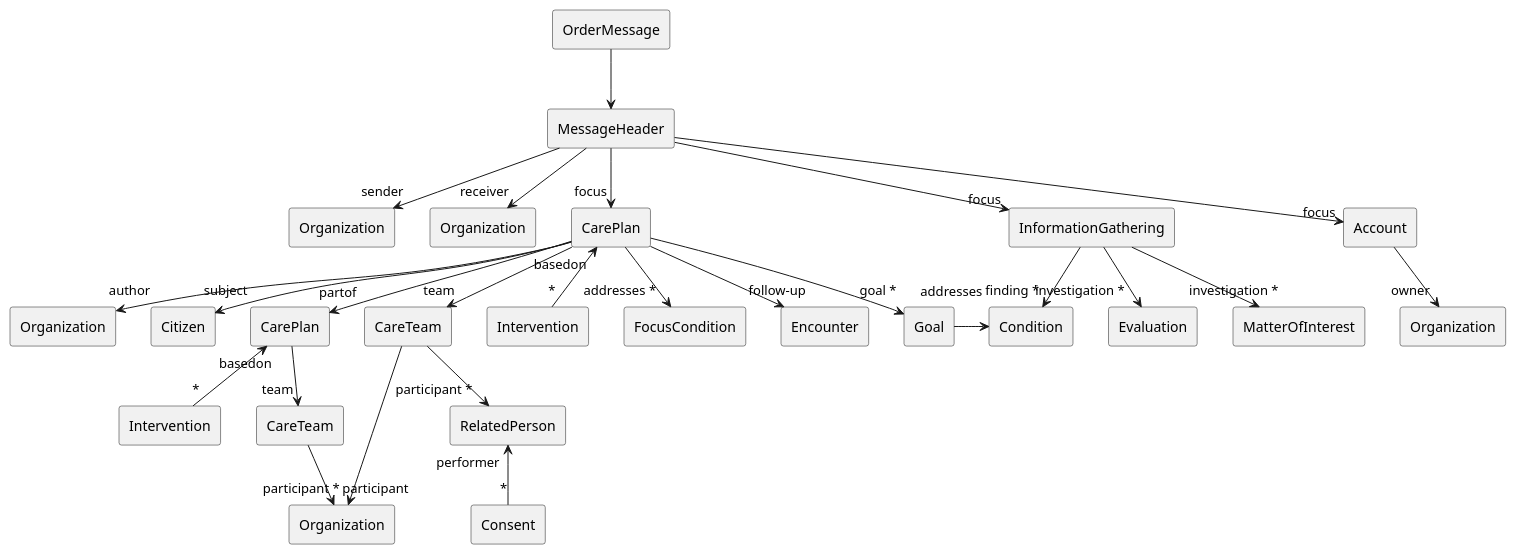
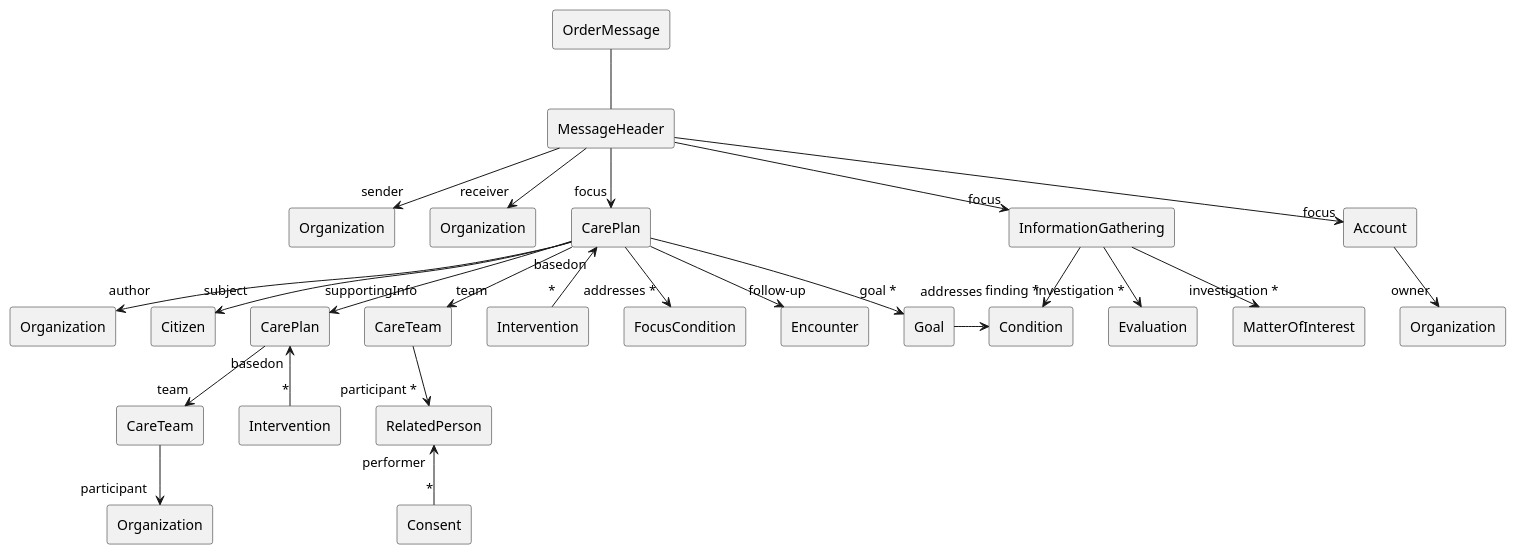
One commit to hl7dk/kl-ffb-messaging changed the diagram in input/images-sources/CarePlanOrder.plantuml. Above: the diagram before and after it, drawn with PlantUML. The commit also changed 7 other files, not shown here.

```diff
--- a/input/images-sources/CarePlanOrder.plantuml
+++ b/input/images-sources/CarePlanOrder.plantuml
@@ -1,57 +1,56 @@
 @startuml CarePlanOrder
 
 rectangle "OrderMessage" as message
 rectangle "MessageHeader" as messageheader
 rectangle "Organization" as sender
 rectangle "Organization" as receiver
 rectangle "CarePlan" as careplan
 rectangle "InformationGathering" as information
 rectangle "Account" as account
 rectangle "Organization" as author
 rectangle "Citizen" as citizen
 rectangle "CarePlan" as relatedcareplan
 rectangle "CareTeam" as team
 rectangle "RelatedPerson" as relatedperson
 rectangle "Consent" as consent
 rectangle "Intervention" as intervention
 rectangle "FocusCondition" as focuscondition
 rectangle "Encounter" as followup
 rectangle "Intervention" as relatedintervention
 rectangle "CareTeam" as relatedcareteam
 rectangle "Organization" as relatedorganization
 rectangle "Goal" as goal
 rectangle "Evaluation" as evaluation
 rectangle "MatterOfInterest" as theme
 rectangle "Condition" as condition
 rectangle "Organization" as payer
 
-message --> messageheader
+message -- messageheader
 messageheader -->"sender" sender
 messageheader -->"receiver" receiver
 messageheader -->"focus" careplan
 messageheader -->"focus" information
 careplan -->"subject" citizen
 careplan -->"author" author
 careplan -->"addresses *" focuscondition
 careplan -->"goal *" goal
 careplan -->"team" team
 team -->"participant *" relatedperson
-team -->"participant *" relatedorganization
 careplan "basedon"<--"*" intervention
 careplan -->"follow-up" followup
 relatedcareplan -->"team" relatedcareteam
 relatedcareplan "basedon"<--"*" relatedintervention
 relatedcareteam -->"participant " relatedorganization
 relatedperson "performer"<--"*" consent
-careplan -->"partof" relatedcareplan
+careplan -->"supportingInfo" relatedcareplan
 information -->"finding *" condition
 information -->"investigation *" theme
 information -->"investigation *" evaluation
 messageheader -->"focus" account
 account -->"owner" payer
 
 goal ->"addresses" condition
 
 condition .[hidden] evaluation
 evaluation .[hidden] theme
 @enduml
```
